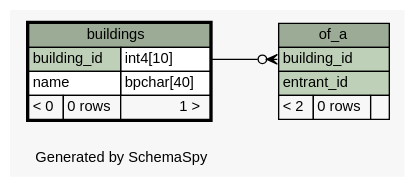
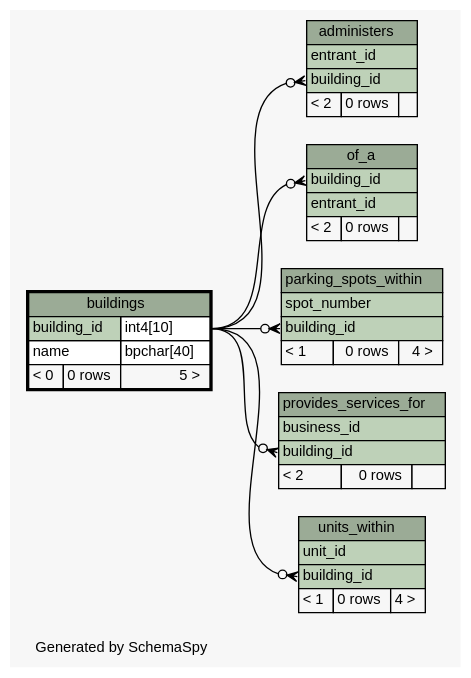
Before and after one commit to mgouzenko/-bms: the diagram in visualization/diagrams/buildings.1degree.dot, drawn with Graphviz. The commit also changed 32 other files, not shown here.

Commit message:
fixed schema, pushing first real visualization

```diff
--- a/visualization/diagrams/buildings.1degree.dot
+++ b/visualization/diagrams/buildings.1degree.dot
@@ -1,45 +1,93 @@
 // dot 2.38.0 on Mac OS X 10.11.3
 // SchemaSpy rev 590
 digraph "oneDegreeRelationshipsDiagram" {
   graph [
     rankdir="RL"
     bgcolor="#f7f7f7"
     label="\nGenerated by SchemaSpy"
     labeljust="l"
     nodesep="0.18"
     ranksep="0.46"
     fontname="Helvetica"
     fontsize="11"
   ];
   node [
     fontname="Helvetica"
     fontsize="11"
     shape="plaintext"
   ];
   edge [
     arrowsize="0.8"
   ];
+  "administers":"building_id":w -> "buildings":"building_id.type":e [arrowhead=none dir=back arrowtail=crowodot];
   "of_a":"building_id":w -> "buildings":"building_id.type":e [arrowhead=none dir=back arrowtail=crowodot];
+  "parking_spots_within":"building_id":w -> "buildings":"building_id.type":e [arrowhead=none dir=back arrowtail=crowodot];
+  "provides_services_for":"building_id":w -> "buildings":"building_id.type":e [arrowhead=none dir=back arrowtail=crowodot];
+  "units_within":"building_id":w -> "buildings":"building_id.type":e [arrowhead=none dir=back arrowtail=crowodot];
+  "administers" [
+    label=<
+    <TABLE BORDER="0" CELLBORDER="1" CELLSPACING="0" BGCOLOR="#ffffff">
+      <TR><TD COLSPAN="3" BGCOLOR="#9bab96" ALIGN="CENTER">administers</TD></TR>
+      <TR><TD PORT="entrant_id" COLSPAN="3" BGCOLOR="#bed1b8" ALIGN="LEFT">entrant_id</TD></TR>
+      <TR><TD PORT="building_id" COLSPAN="3" BGCOLOR="#bed1b8" ALIGN="LEFT">building_id</TD></TR>
+      <TR><TD ALIGN="LEFT" BGCOLOR="#f7f7f7">&lt; 2</TD><TD ALIGN="RIGHT" BGCOLOR="#f7f7f7">0 rows</TD><TD ALIGN="RIGHT" BGCOLOR="#f7f7f7">  </TD></TR>
+    </TABLE>>
+    URL="administers.html"
+    tooltip="administers"
+  ];
   "buildings" [
     label=<
     <TABLE BORDER="2" CELLBORDER="1" CELLSPACING="0" BGCOLOR="#ffffff">
       <TR><TD COLSPAN="3" BGCOLOR="#9bab96" ALIGN="CENTER">buildings</TD></TR>
       <TR><TD PORT="building_id" COLSPAN="2" BGCOLOR="#bed1b8" ALIGN="LEFT">building_id</TD><TD PORT="building_id.type" ALIGN="LEFT">int4[10]</TD></TR>
       <TR><TD PORT="name" COLSPAN="2" ALIGN="LEFT">name</TD><TD PORT="name.type" ALIGN="LEFT">bpchar[40]</TD></TR>
-      <TR><TD ALIGN="LEFT" BGCOLOR="#f7f7f7">&lt; 0</TD><TD ALIGN="RIGHT" BGCOLOR="#f7f7f7">0 rows</TD><TD ALIGN="RIGHT" BGCOLOR="#f7f7f7">1 &gt;</TD></TR>
+      <TR><TD ALIGN="LEFT" BGCOLOR="#f7f7f7">&lt; 0</TD><TD ALIGN="RIGHT" BGCOLOR="#f7f7f7">0 rows</TD><TD ALIGN="RIGHT" BGCOLOR="#f7f7f7">5 &gt;</TD></TR>
     </TABLE>>
     URL="buildings.html"
     tooltip="buildings"
   ];
   "of_a" [
     label=<
     <TABLE BORDER="0" CELLBORDER="1" CELLSPACING="0" BGCOLOR="#ffffff">
       <TR><TD COLSPAN="3" BGCOLOR="#9bab96" ALIGN="CENTER">of_a</TD></TR>
       <TR><TD PORT="building_id" COLSPAN="3" BGCOLOR="#bed1b8" ALIGN="LEFT">building_id</TD></TR>
       <TR><TD PORT="entrant_id" COLSPAN="3" BGCOLOR="#bed1b8" ALIGN="LEFT">entrant_id</TD></TR>
       <TR><TD ALIGN="LEFT" BGCOLOR="#f7f7f7">&lt; 2</TD><TD ALIGN="RIGHT" BGCOLOR="#f7f7f7">0 rows</TD><TD ALIGN="RIGHT" BGCOLOR="#f7f7f7">  </TD></TR>
     </TABLE>>
     URL="of_a.html"
     tooltip="of_a"
   ];
+  "parking_spots_within" [
+    label=<
+    <TABLE BORDER="0" CELLBORDER="1" CELLSPACING="0" BGCOLOR="#ffffff">
+      <TR><TD COLSPAN="3" BGCOLOR="#9bab96" ALIGN="CENTER">parking_spots_within</TD></TR>
+      <TR><TD PORT="spot_number" COLSPAN="3" BGCOLOR="#bed1b8" ALIGN="LEFT">spot_number</TD></TR>
+      <TR><TD PORT="building_id" COLSPAN="3" BGCOLOR="#bed1b8" ALIGN="LEFT">building_id</TD></TR>
+      <TR><TD ALIGN="LEFT" BGCOLOR="#f7f7f7">&lt; 1</TD><TD ALIGN="RIGHT" BGCOLOR="#f7f7f7">0 rows</TD><TD ALIGN="RIGHT" BGCOLOR="#f7f7f7">4 &gt;</TD></TR>
+    </TABLE>>
+    URL="parking_spots_within.html"
+    tooltip="parking_spots_within"
+  ];
+  "provides_services_for" [
+    label=<
+    <TABLE BORDER="0" CELLBORDER="1" CELLSPACING="0" BGCOLOR="#ffffff">
+      <TR><TD COLSPAN="3" BGCOLOR="#9bab96" ALIGN="CENTER">provides_services_for</TD></TR>
+      <TR><TD PORT="business_id" COLSPAN="3" BGCOLOR="#bed1b8" ALIGN="LEFT">business_id</TD></TR>
+      <TR><TD PORT="building_id" COLSPAN="3" BGCOLOR="#bed1b8" ALIGN="LEFT">building_id</TD></TR>
+      <TR><TD ALIGN="LEFT" BGCOLOR="#f7f7f7">&lt; 2</TD><TD ALIGN="RIGHT" BGCOLOR="#f7f7f7">0 rows</TD><TD ALIGN="RIGHT" BGCOLOR="#f7f7f7">  </TD></TR>
+    </TABLE>>
+    URL="provides_services_for.html"
+    tooltip="provides_services_for"
+  ];
+  "units_within" [
+    label=<
+    <TABLE BORDER="0" CELLBORDER="1" CELLSPACING="0" BGCOLOR="#ffffff">
+      <TR><TD COLSPAN="3" BGCOLOR="#9bab96" ALIGN="CENTER">units_within</TD></TR>
+      <TR><TD PORT="unit_id" COLSPAN="3" BGCOLOR="#bed1b8" ALIGN="LEFT">unit_id</TD></TR>
+      <TR><TD PORT="building_id" COLSPAN="3" BGCOLOR="#bed1b8" ALIGN="LEFT">building_id</TD></TR>
+      <TR><TD ALIGN="LEFT" BGCOLOR="#f7f7f7">&lt; 1</TD><TD ALIGN="RIGHT" BGCOLOR="#f7f7f7">0 rows</TD><TD ALIGN="RIGHT" BGCOLOR="#f7f7f7">4 &gt;</TD></TR>
+    </TABLE>>
+    URL="units_within.html"
+    tooltip="units_within"
+  ];
 }
```
